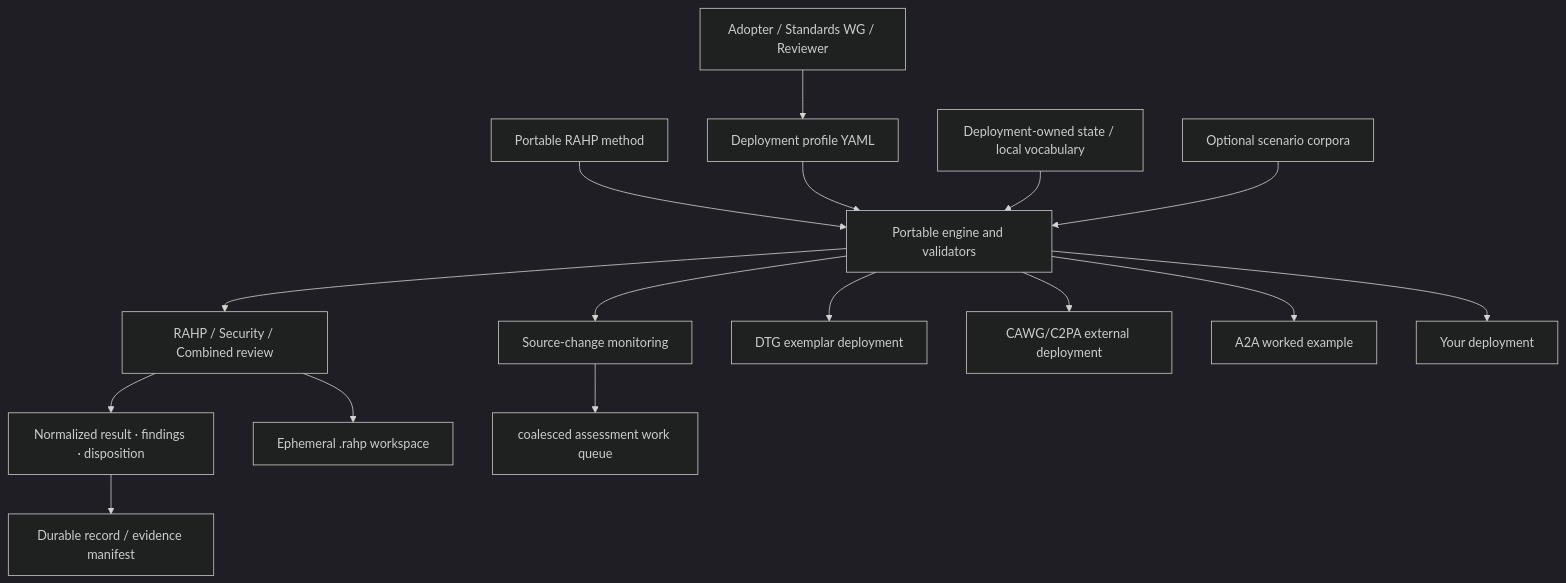
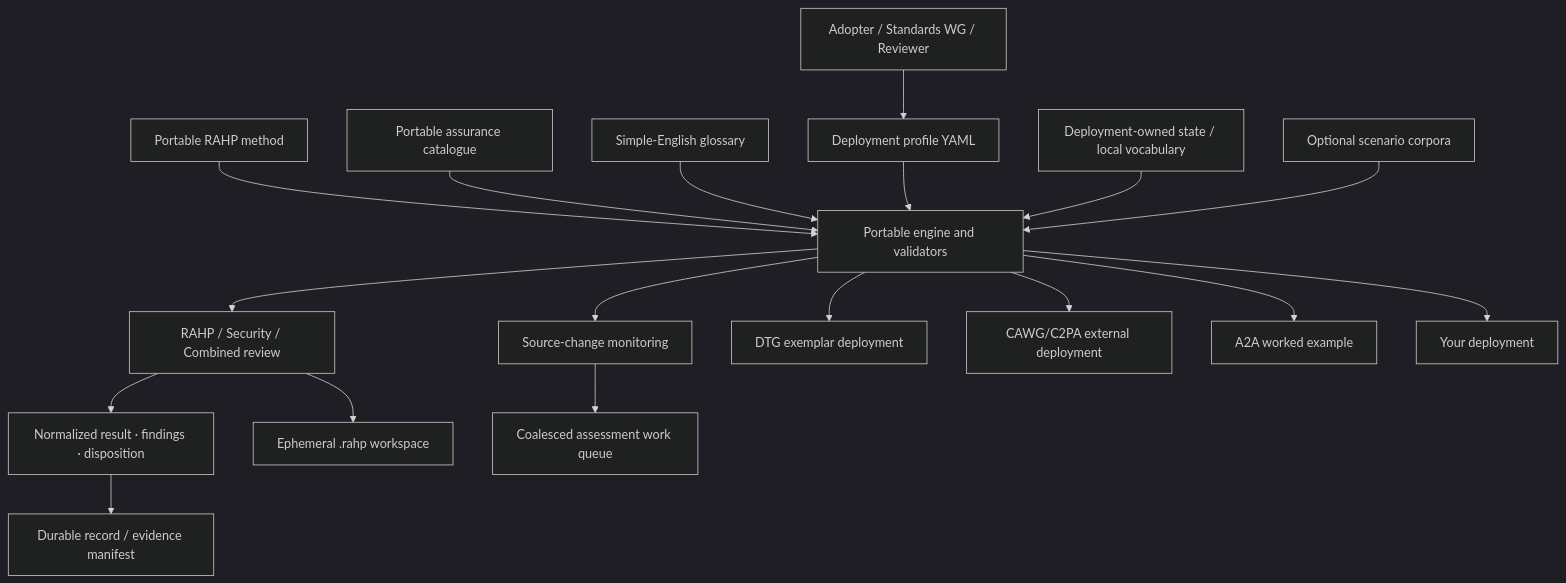
One commit to sankarshanmukhopadhyay/dtgwg-rahp-tf changed the diagram in README.md. Above: the diagram before and after it, drawn with Mermaid (dark theme). The commit also changed other lines of this file and 5 other files, not shown here.

````diff
--- a/README.md
+++ b/README.md
@@ -35,19 +102,21 @@
 ```mermaid
 flowchart TB
   A[Adopter / Standards WG / Reviewer] --> P[Deployment profile YAML]
   M[Portable RAHP method] --> E[Portable engine and validators]
+  K[Portable assurance catalogue] --> E
+  G[Simple-English glossary] --> E
   P --> E
   I[Deployment-owned state / local vocabulary] --> E
   C[Optional scenario corpora] --> E
   E --> R[RAHP / Security / Combined review]
   R --> O[Normalized result · findings · disposition]
   O --> X[Durable record / evidence manifest]
   R --> T[Ephemeral .rahp workspace]
   E --> W[Source-change monitoring]
-  W --> Q[coalesced assessment work queue]
+  W --> Q[Coalesced assessment work queue]
 
   E --> D1[DTG exemplar deployment]
   E --> D2[CAWG/C2PA external deployment]
   E --> D3[A2A worked example]
   E --> D4[Your deployment]
 ```
````
